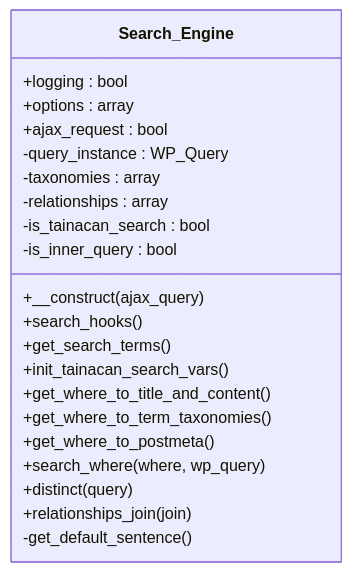
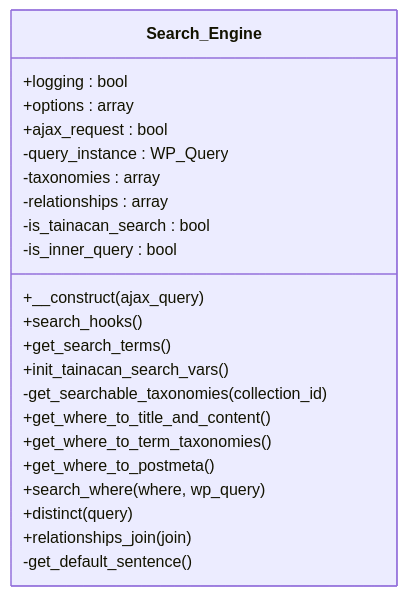
One commit to tainacan/tainacan changed the diagram in docs/phpdoc/classes/Tainacan/Search_Engine.mmd. Above: the diagram before and after it, drawn with Mermaid. The commit also changed 98 other files, not shown here.

```diff
--- a/docs/phpdoc/classes/Tainacan/Search_Engine.mmd
+++ b/docs/phpdoc/classes/Tainacan/Search_Engine.mmd
@@ -1,23 +1,24 @@
 classDiagram
     direction TB
     class Search_Engine {
         +logging : bool
         +options : array
         +ajax_request : bool
         -query_instance : WP_Query
         -taxonomies : array
         -relationships : array
         -is_tainacan_search : bool
         -is_inner_query : bool
         +__construct(ajax_query)
         +search_hooks()
         +get_search_terms()
         +init_tainacan_search_vars()
+        -get_searchable_taxonomies(collection_id)
         +get_where_to_title_and_content()
         +get_where_to_term_taxonomies()
         +get_where_to_postmeta()
         +search_where(where, wp_query)
         +distinct(query)
         +relationships_join(join)
         -get_default_sentence()
     }
```
